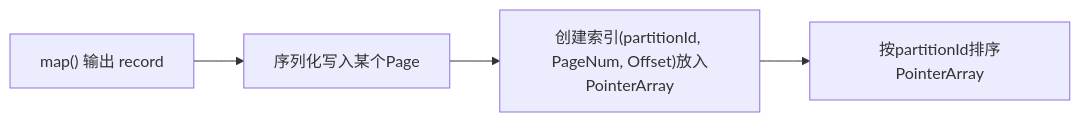
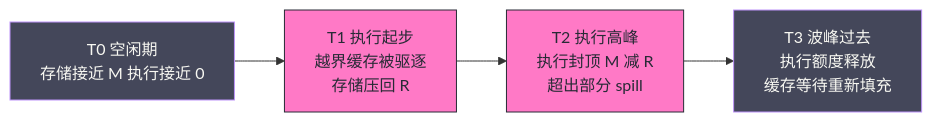
Before and after one commit to hpliStartAgain/my-brain: the third of 6 diagrams in content/大数据/大数据处理框架Apache Spark设计与实现/9.0 第9章 内存管理机制.md, drawn with Mermaid. The commit also changed other lines of this file and 455 other files, not shown here.

````diff
--- a/content/大数据/大数据处理框架Apache Spark设计与实现/9.0 第9章 内存管理机制.md
+++ b/content/大数据/大数据处理框架Apache Spark设计与实现/9.0 第9章 内存管理机制.md
@@ -209,6 +197,11 @@
 ```mermaid
+%%{init: {'theme': 'dracula'}}%%
 flowchart LR
-    A["map() 输出 <K,V> record"] --> B["序列化写入某个Page"]
-    B --> C["创建索引(partitionId, PageNum, Offset)放入PointerArray"]
-    C --> D["按partitionId排序PointerArray"]
+    A["T0 空闲期<br/>存储接近 M 执行接近 0"] --> B["T1 执行起步<br/>越界缓存被驱逐<br/>存储压回 R"]
+    B --> C["T2 执行高峰<br/>执行封顶 M 减 R<br/>超出部分 spill"]
+    C --> D["T3 波峰过去<br/>执行额度释放<br/>缓存等待重新填充"]
+    classDef stage fill:#44475a,stroke:#bd93f9,color:#f8f8f2
+    classDef peak fill:#ff79c6,stroke:#282a36,color:#282a36
+    class A,D stage
+    class B,C peak
 ```
````
